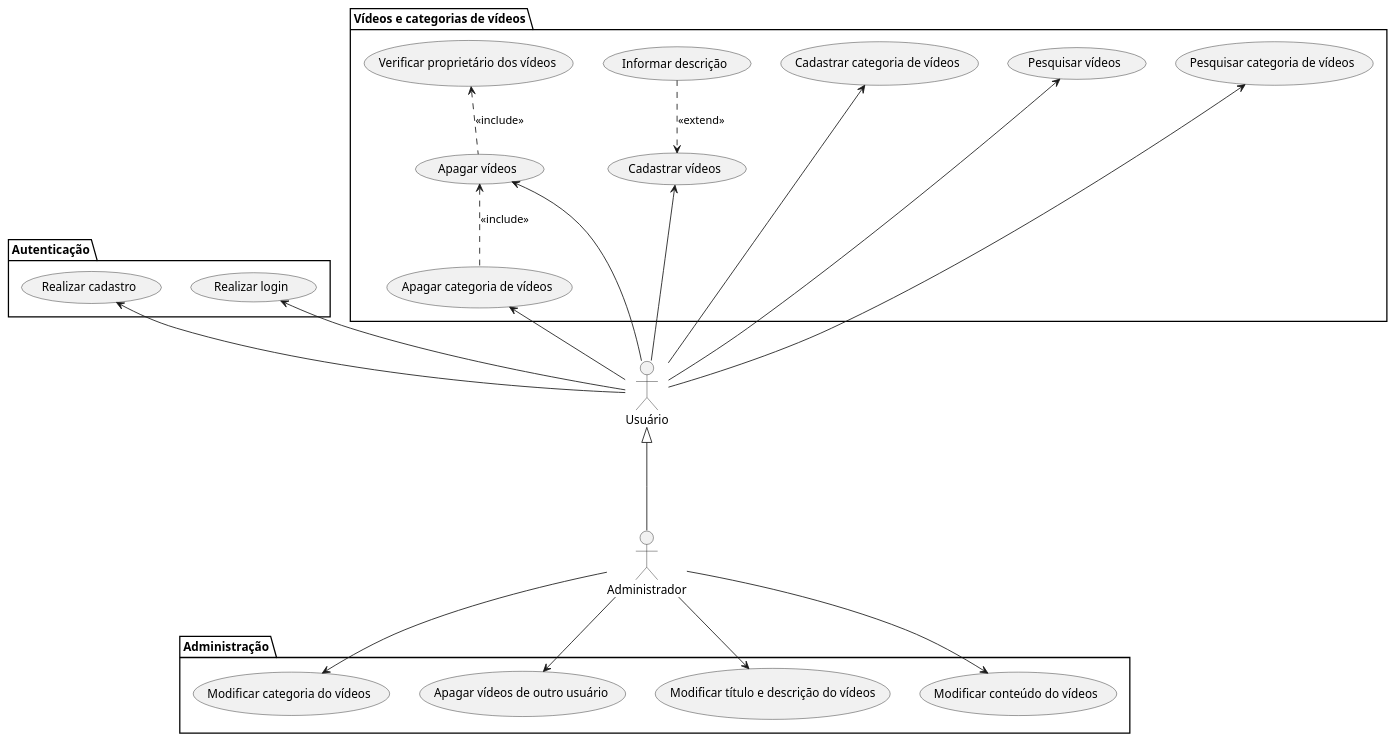
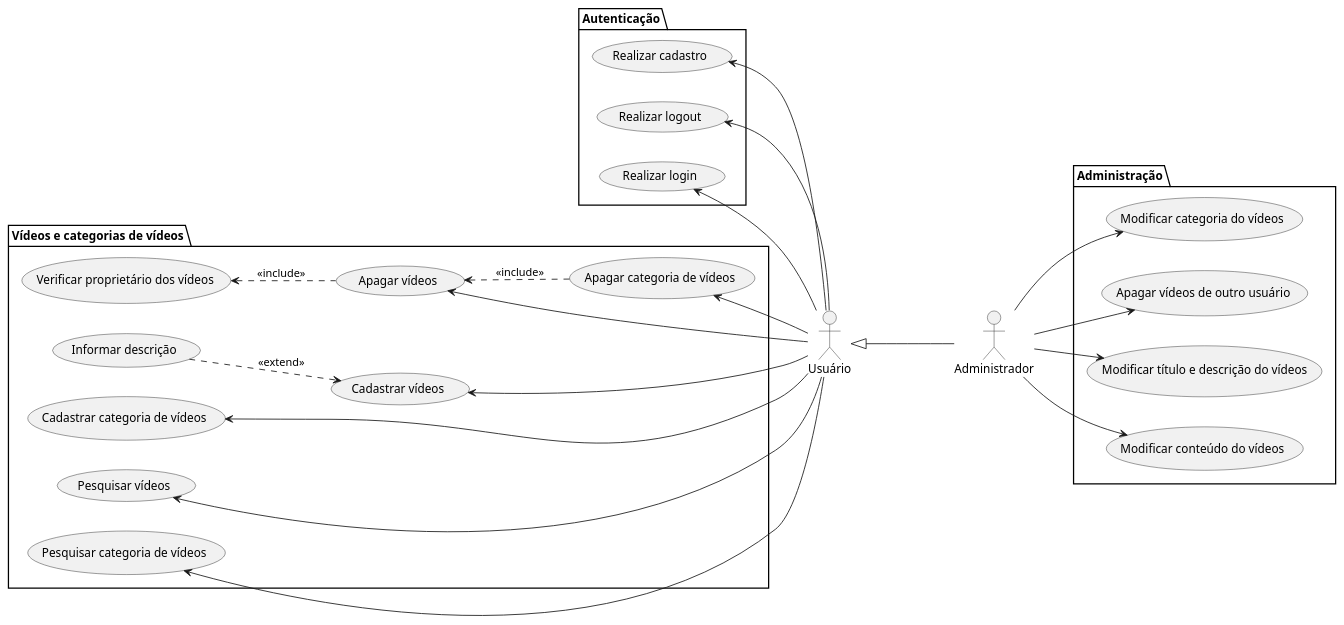
One commit to MurylloEx/DevFlix-PSW changed the diagram in Artefatos/Diagramas/Casos de Uso/Diagrama_UC_Devflix.puml. Above: the diagram before and after it, drawn with PlantUML.

```diff
--- a/Artefatos/Diagramas/Casos de Uso/Diagrama_UC_Devflix.puml
+++ b/Artefatos/Diagramas/Casos de Uso/Diagrama_UC_Devflix.puml
@@ -1,60 +1,65 @@
 @startuml DevFlix
 skinparam Style strictuml
+left to right direction
 
 :Usuário: as usuario
 :Administrador: as administrador
 
 
 /' Casos de uso do usuário '/
 package Autenticação {
+    (Realizar logout) as logout
     (Realizar cadastro) as cadastro
     (Realizar login) as login
 }
 package "Vídeos e categorias de vídeos" {
     (Apagar vídeos) as apagarv
     (Pesquisar vídeos) as pesqv
     (Cadastrar vídeos) as cadv
     (Informar descrição) as infdesc
     (Pesquisar categoria de vídeos) as pesqcatv
     (Cadastrar categoria de vídeos) as cadcatv
     (Apagar categoria de vídeos) as apgcatv
     (Verificar proprietário dos vídeos) as verifprop
 }
 
 
 /' Casos de uso do administrador '/
 package Administração {
     (Modificar categoria do vídeos) as modcatv
     (Modificar conteúdo do vídeos) as modcontv
     (Apagar vídeos de outro usuário) as apgvout
     (Modificar título e descrição do vídeos) as modtitdesc
 }
 
 
 /' Generalização dos atores '/
 usuario <|-down-- administrador
 
+
 /' Associação dos casos de uso do usuário '/
 usuario -up-> cadv
 usuario -up-> pesqcatv
 usuario -up-> apgcatv
 usuario -up-> pesqv
 usuario -up-> cadcatv
+usuario -up-> apagarv
+
 usuario -up-> login
-usuario -up-> apagarv
-usuario -up-> cadastro
+usuario -left-> cadastro
+usuario -left-> logout
 
 
 /' Include e Extend dos casos de uso do usuário '/
 apagarv .up.> verifprop : <<include>>
 apgcatv .up.> apagarv : <<include>>
 infdesc .down.> cadv : <<extend>>
 
 
 /' Associação dos casos de uso do administrador '/
 administrador -right-> modcatv
 administrador -left-> modcontv
 administrador -down-> apgvout
 administrador -down-> modtitdesc
 
 @enduml
```
